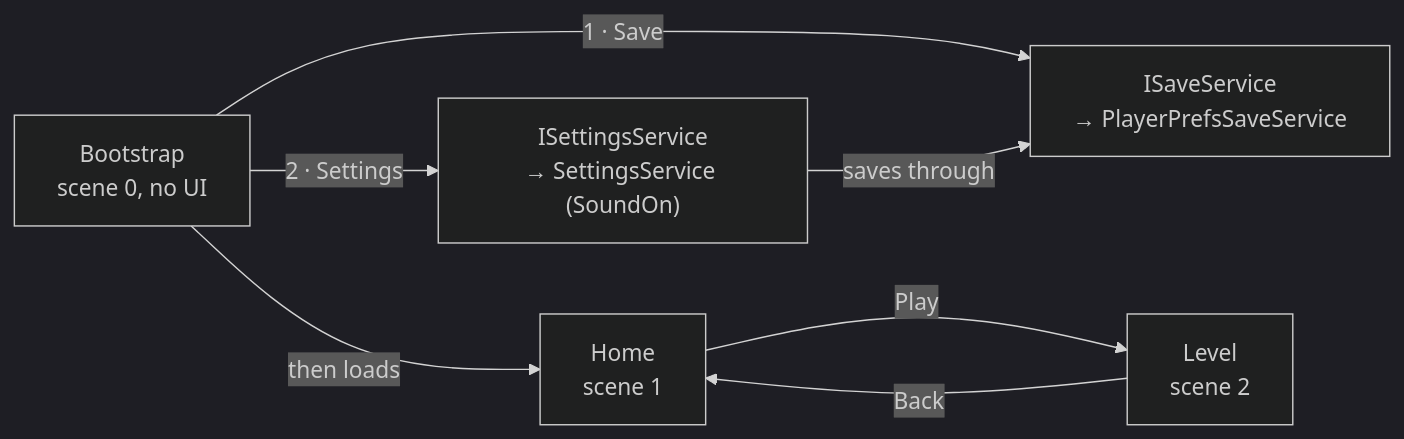
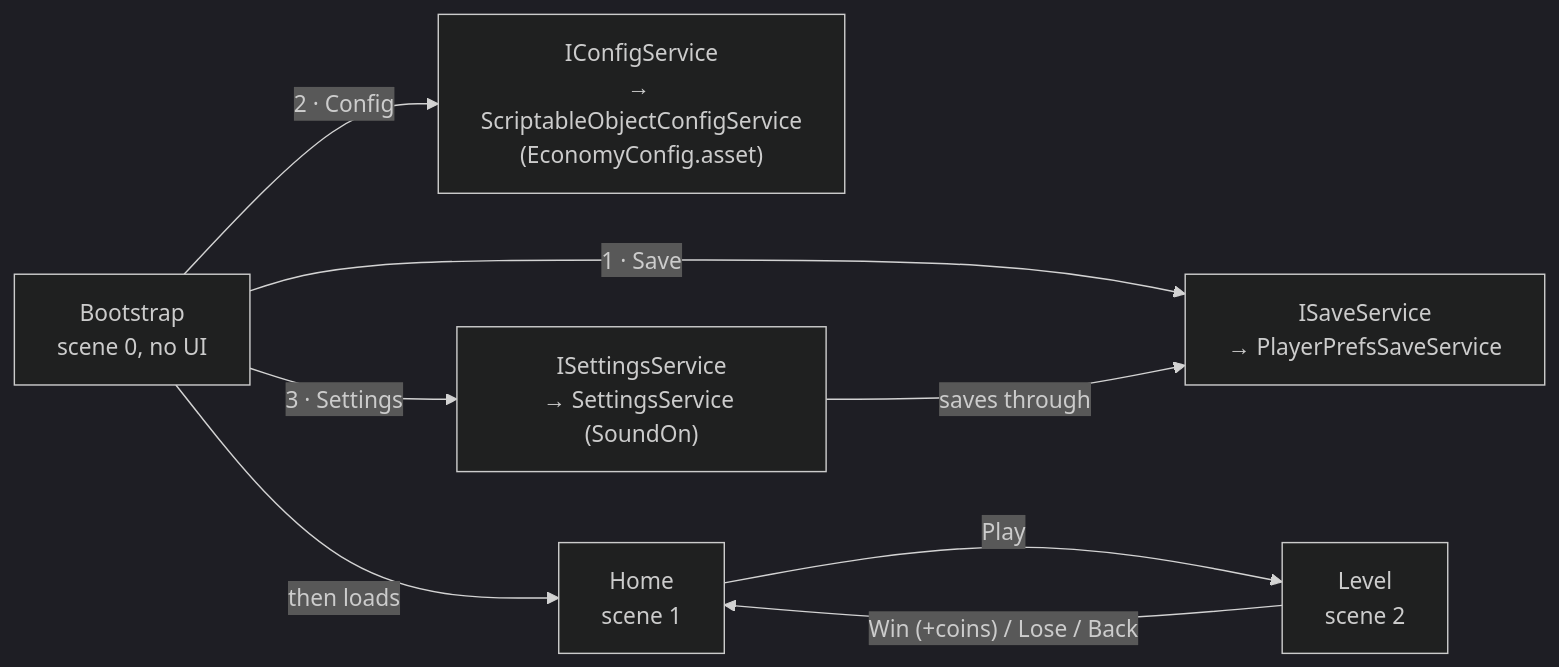
The diagram in README.md (sebaamasha/color-jar), drawn with Mermaid (dark theme) before and after one commit. The commit also changed other lines of this file and 3 other files, not shown here.

Commit message:
Add CREDITS.md, economy in README, update AGENTS.md and diagram, decision on the Extra Jar upgrade

````diff
--- a/README.md
+++ b/README.md
@@ -23,9 +23,10 @@
 ```mermaid
 flowchart LR
     B["Bootstrap<br/>scene 0, no UI"] -->|"1 · Save"| S1["ISaveService<br/>→ PlayerPrefsSaveService"]
-    B -->|"2 · Settings"| S2["ISettingsService<br/>→ SettingsService (SoundOn)"]
-    S2 -->|saves through| S1
+    B -->|"2 · Config"| S2["IConfigService<br/>→ ScriptableObjectConfigService<br/>(EconomyConfig.asset)"]
+    B -->|"3 · Settings"| S3["ISettingsService<br/>→ SettingsService (SoundOn)"]
+    S3 -->|saves through| S1
     B -->|"then loads"| H["Home<br/>scene 1"]
     H -->|Play| L["Level<br/>scene 2"]
-    L -->|Back| H
+    L -->|"Win (+coins) / Lose / Back"| H
 ```
````
